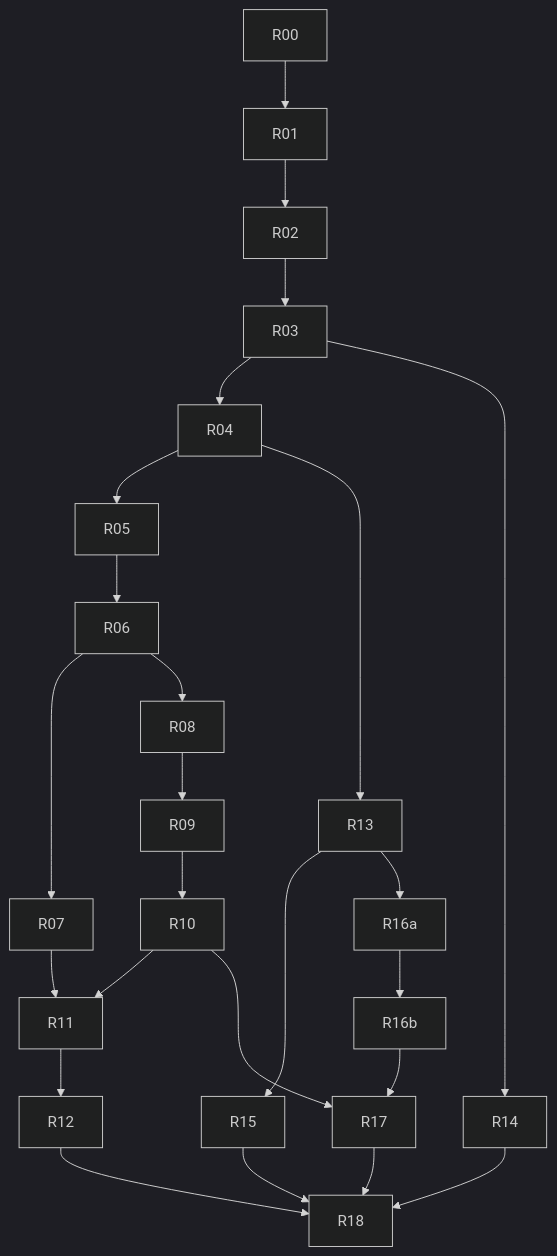
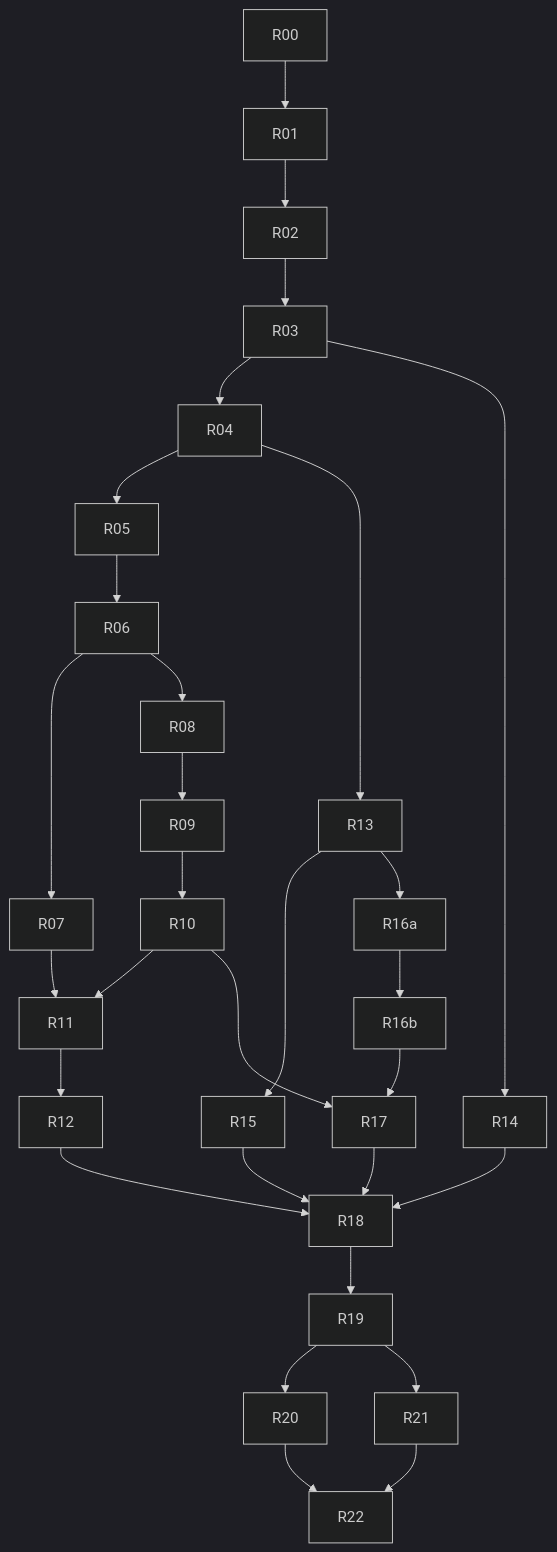
The diagram in docs/rewrite/04-migration-plan.md (martinhoricky-bdo/rewrite-cobol), drawn with Mermaid (dark theme) before and after one commit. The commit also changed other lines of this file and 9 other files, not shown here.

````diff
--- a/docs/rewrite/04-migration-plan.md
+++ b/docs/rewrite/04-migration-plan.md
@@ -166,16 +208,18 @@
 ```mermaid
 flowchart TD
     R00 --> R01 --> R02 --> R03 --> R04
     R04 --> R05 --> R06 --> R07
     R06 --> R08 --> R09 --> R10 --> R11 --> R12
     R07 --> R11
     R04 --> R13 --> R15
     R13 --> R16a --> R16b
     R03 --> R14
     R10 --> R17
     R16b --> R17
     R12 --> R18
     R14 --> R18
     R15 --> R18
     R17 --> R18
+    R18 --> R19 --> R20 --> R22
+    R19 --> R21 --> R22
 ```
````
